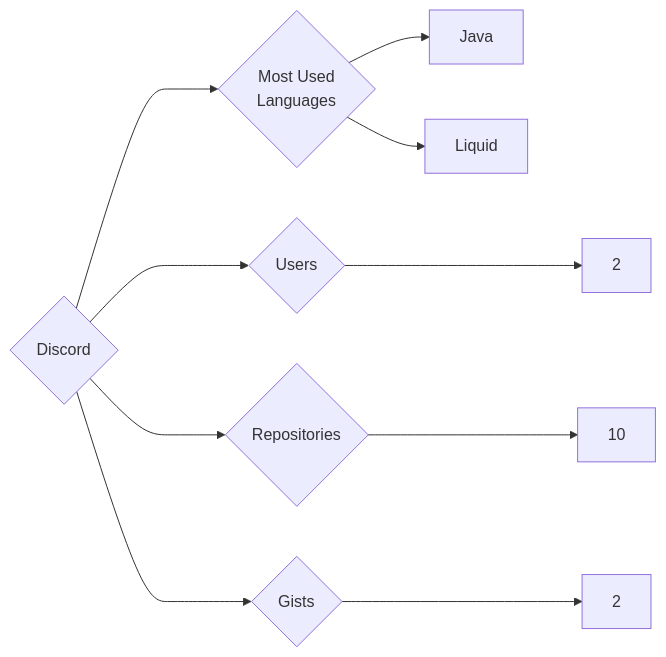
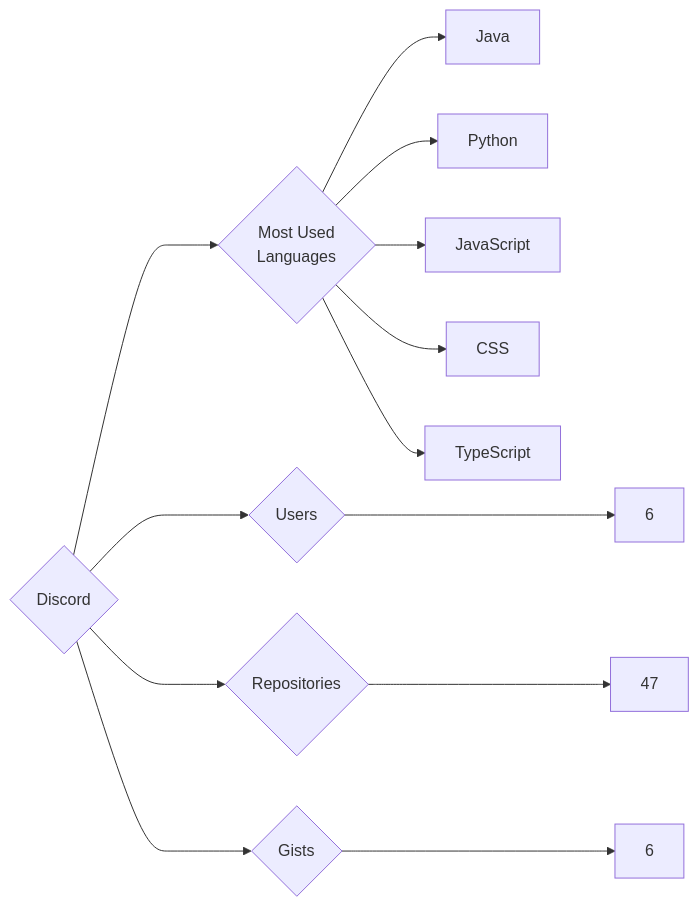
Before and after one commit to trickest/insiders: the diagram in targets/Discord/README.md, drawn with Mermaid. The commit also changed 942 other files, not shown here.

````diff
--- a/targets/Discord/README.md
+++ b/targets/Discord/README.md
@@ -3,10 +3,13 @@
 ```mermaid
 graph LR
 COMPANY_NAME{Discord}
-COMPANY_NAME ---> U{Users} ---> UN[2]
-COMPANY_NAME ---> R{Repositories} ---> RN[10]
-COMPANY_NAME ---> G{Gists} ---> GN[2]
+COMPANY_NAME ---> U{Users} ---> UN[6]
+COMPANY_NAME ---> R{Repositories} ---> RN[47]
+COMPANY_NAME ---> G{Gists} ---> GN[6]
 COMPANY_NAME ---> ML{Most Used<br>Languages}
 ML --> Java[Java]
-ML --> Liquid[Liquid]
+ML --> Python[Python]
+ML --> JavaScript[JavaScript]
+ML --> CSS[CSS]
+ML --> TypeScript[TypeScript]
 ```
````
